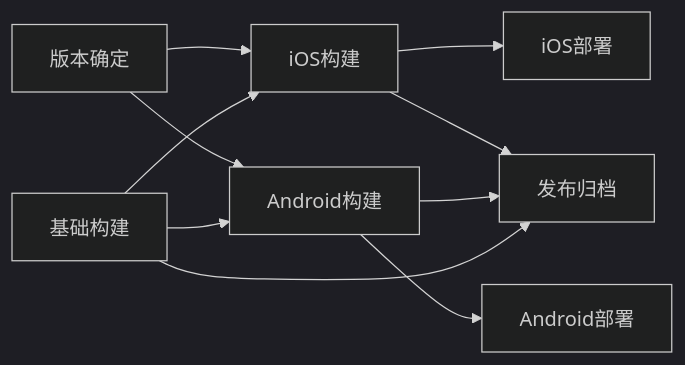
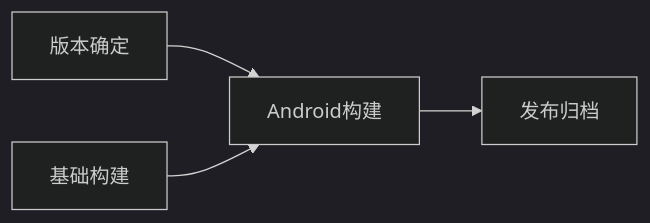
The third of 3 diagrams in .qoder/repowiki/zh/content/构建与部署/CI_CD流程.md (dingxyang/Macro-Deck-Client-App), drawn with Mermaid (dark theme) before and after one commit. The commit also changed other lines of this file and 47 other files, not shown here.

````diff
--- a/.qoder/repowiki/zh/content/构建与部署/CI_CD流程.md
+++ b/.qoder/repowiki/zh/content/构建与部署/CI_CD流程.md
@@ -273,12 +217,6 @@
 ```mermaid
 graph LR
-DV["版本确定"] --> IOB["iOS构建"]
-DV --> ADB["Android构建"]
-BB["基础构建"] --> IOB
-BB --> ADB
-IOB --> IOSD["iOS部署"]
-ADB --> ANDD["Android部署"]
-IOB --> REL["发布归档"]
-ADB --> REL
-BB --> REL
+DV["版本确定"] --> ADB["Android构建"]
+BB["基础构建"] --> ADB
+ADB --> REL["发布归档"]
 ```
````
